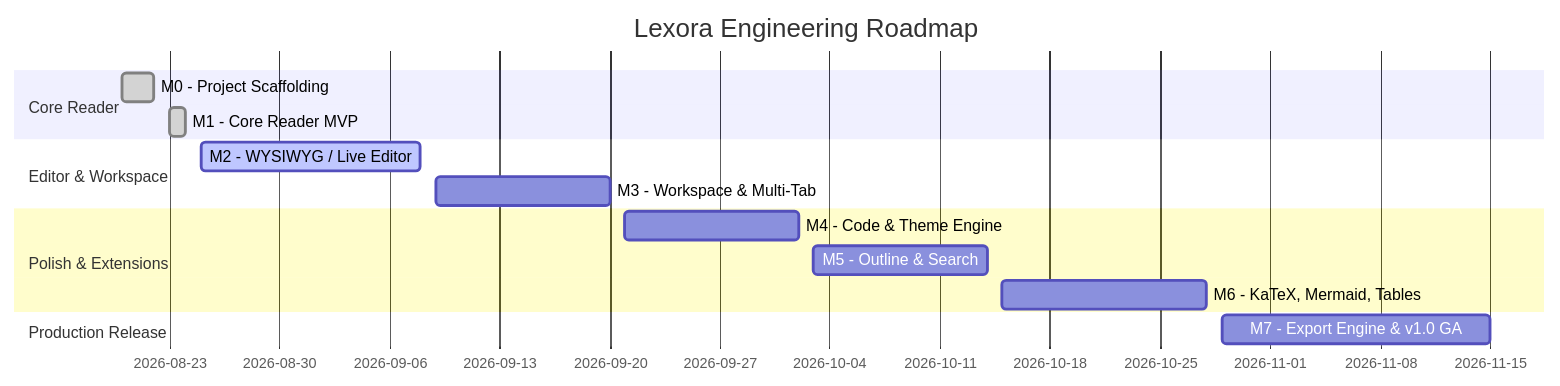
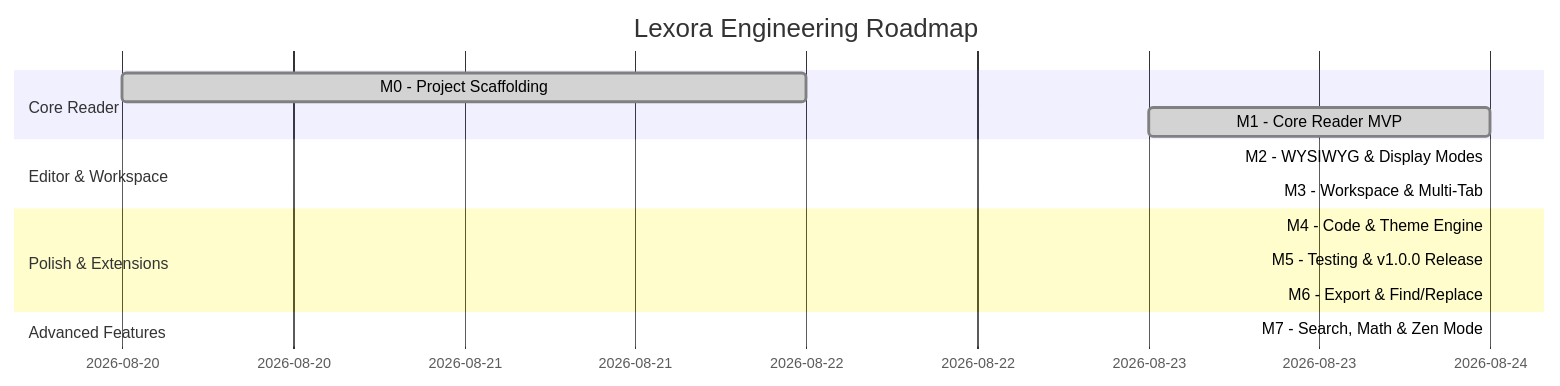
Before and after one commit to BerryUIKI/Lexora: the diagram in docs/MILESTONES.md, drawn with Mermaid. The commit also changed other lines of this file and 1 other file, not shown here.

````diff
--- a/docs/MILESTONES.md
+++ b/docs/MILESTONES.md
@@ -9,17 +9,17 @@
 ```mermaid
 gantt
     title Lexora Engineering Roadmap
     dateFormat  YYYY-MM-DD
     section Core Reader
     M0 - Project Scaffolding       :done, m0, 2026-08-20, 2026-08-22
     M1 - Core Reader MVP           :done, m1, 2026-08-23, 2026-08-24
     section Editor & Workspace
-    M2 - WYSIWYG / Live Editor     :active, m2, 2026-08-25, 2026-09-08
-    M3 - Workspace & Multi-Tab     :m3, 2026-09-09, 2026-09-20
+    M2 - WYSIWYG & Display Modes   :done, m2, 2026-08-24, 2026-08-24
+    M3 - Workspace & Multi-Tab     :done, m3, 2026-08-24, 2026-08-24
     section Polish & Extensions
-    M4 - Code & Theme Engine       :m4, 2026-09-21, 2026-10-02
-    M5 - Outline & Search          :m5, 2026-10-03, 2026-10-14
-    M6 - KaTeX, Mermaid, Tables    :m6, 2026-10-15, 2026-10-28
-    section Production Release
-    M7 - Export Engine & v1.0 GA   :m7, 2026-10-29, 2026-11-15
+    M4 - Code & Theme Engine       :done, m4, 2026-08-24, 2026-08-24
+    M5 - Testing & v1.0.0 Release  :done, m5, 2026-08-24, 2026-08-24
+    M6 - Export & Find/Replace     :done, m6, 2026-08-24, 2026-08-24
+    section Advanced Features
+    M7 - Search, Math & Zen Mode   :done, m7, 2026-08-24, 2026-08-24
 ```
````
